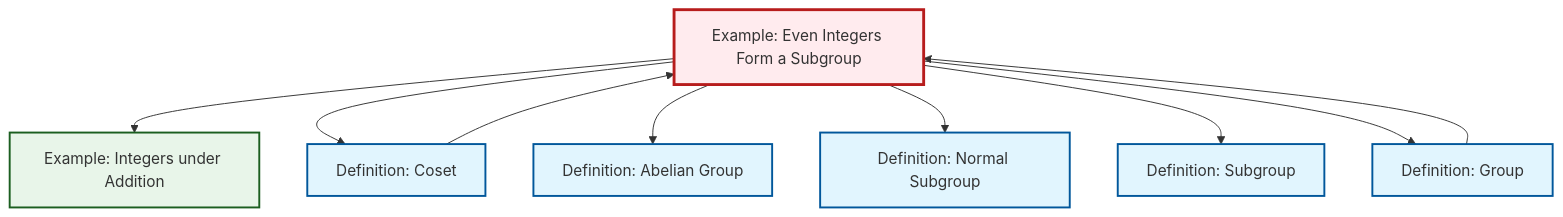
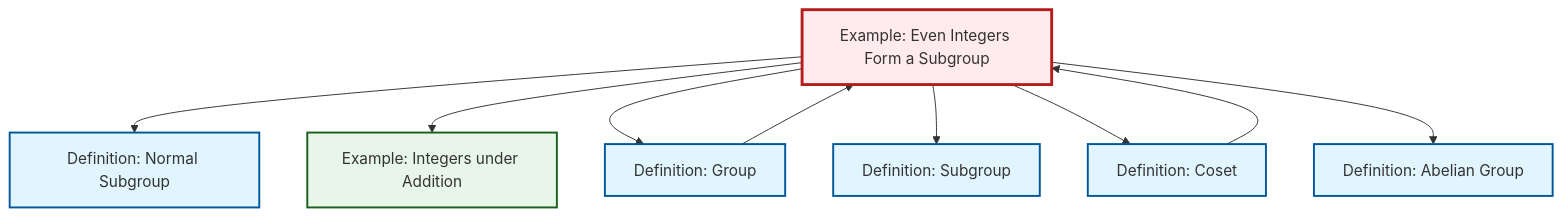
Before and after one commit to RK0429/ModernMath: the diagram in output/mermaid/en/ex-even-integers-subgroup.mermaid, drawn with Mermaid. The commit also changed other lines of this file and 3096 other files, not shown here.

```diff
--- a/output/mermaid/en/ex-even-integers-subgroup.mermaid
+++ b/output/mermaid/en/ex-even-integers-subgroup.mermaid
@@ -1,22 +1,22 @@
 graph TD
     classDef definition fill:#e1f5fe,stroke:#01579b,stroke-width:2px
     classDef theorem fill:#f3e5f5,stroke:#4a148c,stroke-width:2px
     classDef axiom fill:#fff3e0,stroke:#e65100,stroke-width:2px
     classDef example fill:#e8f5e9,stroke:#1b5e20,stroke-width:2px
     classDef current fill:#ffebee,stroke:#b71c1c,stroke-width:3px
+    ex-even-integers-subgroup["Example: Even Integers Form a Subgroup"]:::example
+    def-group["Definition: Group"]:::definition
+    def-subgroup["Definition: Subgroup"]:::definition
+    ex-integers-addition["Example: Integers under Addition"]:::example
+    def-normal-subgroup["Definition: Normal Subgroup"]:::definition
     def-abelian-group["Definition: Abelian Group"]:::definition
-    def-normal-subgroup["Definition: Normal Subgroup"]:::definition
-    ex-even-integers-subgroup["Example: Even Integers Form a Subgroup"]:::example
-    ex-integers-addition["Example: Integers under Addition"]:::example
-    def-subgroup["Definition: Subgroup"]:::definition
-    def-group["Definition: Group"]:::definition
     def-coset["Definition: Coset"]:::definition
-    def-coset --> ex-even-integers-subgroup
+    ex-even-integers-subgroup --> def-normal-subgroup
     ex-even-integers-subgroup --> ex-integers-addition
     def-group --> ex-even-integers-subgroup
+    ex-even-integers-subgroup --> def-group
+    def-coset --> ex-even-integers-subgroup
+    ex-even-integers-subgroup --> def-subgroup
     ex-even-integers-subgroup --> def-coset
     ex-even-integers-subgroup --> def-abelian-group
-    ex-even-integers-subgroup --> def-normal-subgroup
-    ex-even-integers-subgroup --> def-subgroup
-    ex-even-integers-subgroup --> def-group
     class ex-even-integers-subgroup current
```
